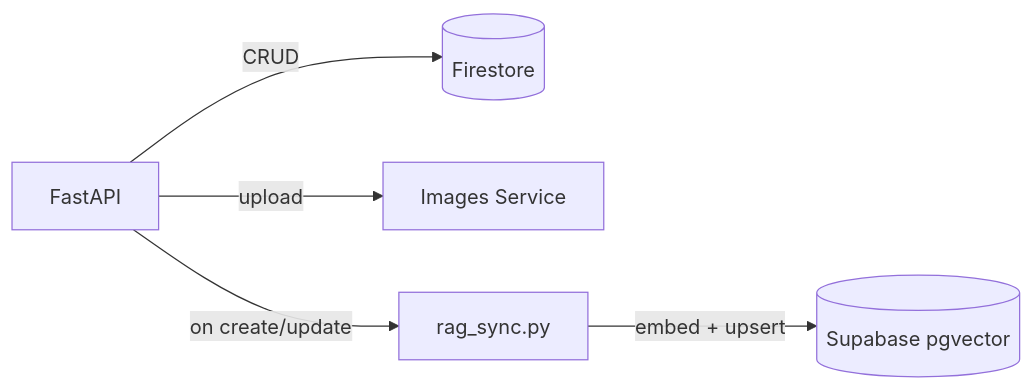
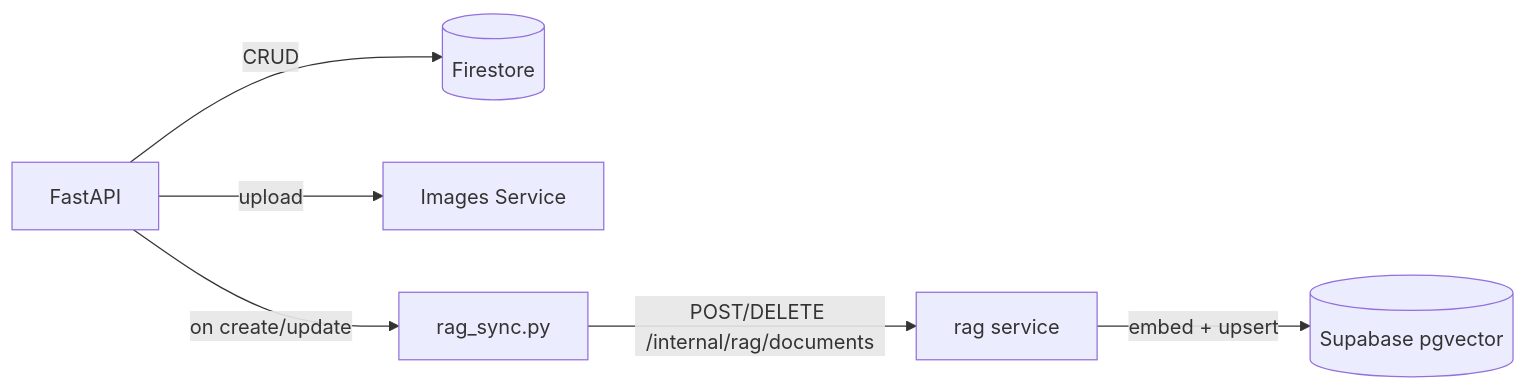
The diagram in services/products/README.md (ChristianMendozaa/UCB-e-commerce), drawn with Mermaid before and after one commit. The commit also changed other lines of this file and 35 other files, not shown here.

First line of the commit message:
Add initial implementation for RAG service with tests

````diff
--- a/services/products/README.md
+++ b/services/products/README.md
@@ -10,7 +10,8 @@
 ```mermaid
 graph LR
     API[FastAPI] -->|CRUD| Firestore[(Firestore)]
     API -->|upload| Images[Images Service]
     API -->|on create/update| RAGSync[rag_sync.py]
-    RAGSync -->|embed + upsert| Supabase[(Supabase pgvector)]
+    RAGSync -->|"POST/DELETE /internal/rag/documents"| RagService[rag service]
+    RagService -->|embed + upsert| Supabase[(Supabase pgvector)]
 ```
````
